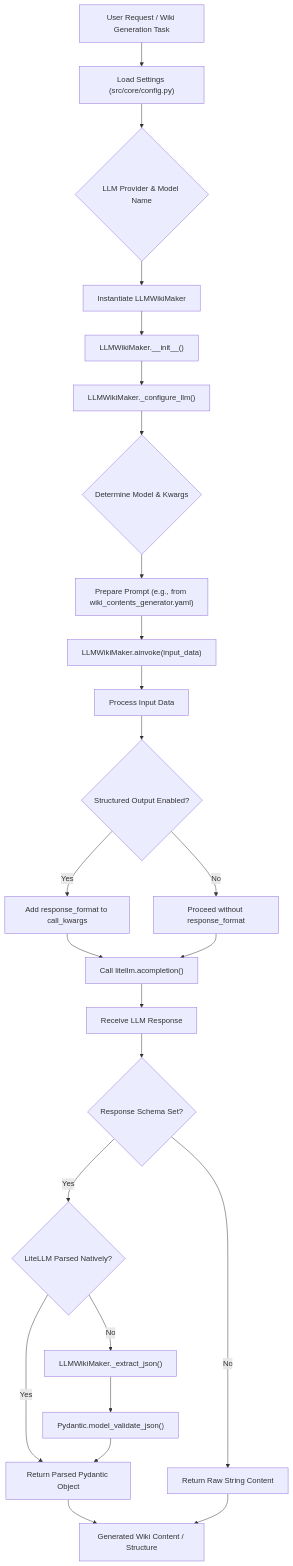
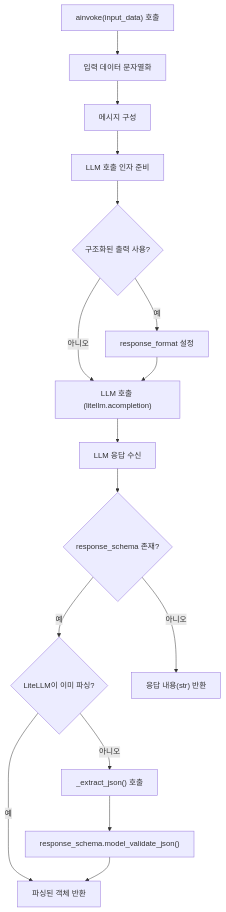
One commit to catuscio/wiki-as-readme changed diagram 15 of 21 in examples/wiki_as_README.md. Above: the diagram before and after it, drawn with Mermaid. The commit also changed other lines of this file, not shown here.

Commit message:
docs: ✨Update examples/wiki_as_README.md via Wiki-As-Readme Action

````diff
--- a/examples/wiki_as_README.md
+++ b/examples/wiki_as_README.md
@@ -1436,27 +1497,18 @@
 ```mermaid
 graph TD
-    A["User Request / Wiki Generation Task"] --> B["Load Settings (src/core/config.py)"];
-    B --> C{"LLM Provider & Model Name"};
-    C --> D["Instantiate LLMWikiMaker"];
-    D --> E["LLMWikiMaker.__init__()"];
-    E --> F["LLMWikiMaker._configure_llm()"];
-    F --> G{"Determine Model & Kwargs"};
-    G --> H["Prepare Prompt (e.g., from wiki_contents_generator.yaml)"];
-    H --> I["LLMWikiMaker.ainvoke(input_data)"];
-    I --> J["Process Input Data"];
-    J --> K{"Structured Output Enabled?"};
-    K -- Yes --> L["Add response_format to call_kwargs"];
-    K -- No --> M["Proceed without response_format"];
-    L --> N["Call litellm.acompletion()"];
-    M --> N;
-    N --> O["Receive LLM Response"];
-    O --> P{"Response Schema Set?"};
-    P -- Yes --> Q{"LiteLLM Parsed Natively?"};
-    Q -- Yes --> R["Return Parsed Pydantic Object"];
-    Q -- No --> S["LLMWikiMaker._extract_json()"];
-    S --> T["Pydantic.model_validate_json()"];
-    T --> R;
-    P -- No --> U["Return Raw String Content"];
-    R --> V["Generated Wiki Content / Structure"];
-    U --> V;
+    A["ainvoke(input_data) 호출"] --> B["입력 데이터 문자열화"];
+    B --> C["메시지 구성"];
+    C --> D["LLM 호출 인자 준비"];
+    D --> E{"구조화된 출력 사용?"};
+    E -- "예" --> F["response_format 설정"];
+    E -- "아니오" --> G["LLM 호출 (litellm.acompletion)"];
+    F --> G;
+    G --> H["LLM 응답 수신"];
+    H --> I{"response_schema 존재?"};
+    I -- "예" --> J{"LiteLLM이 이미 파싱?"};
+    J -- "예" --> K["파싱된 객체 반환"];
+    J -- "아니오" --> L["_extract_json() 호출"];
+    L --> M["response_schema.model_validate_json()"];
+    M --> K;
+    I -- "아니오" --> N["응답 내용(str) 반환"];
 ```
````
